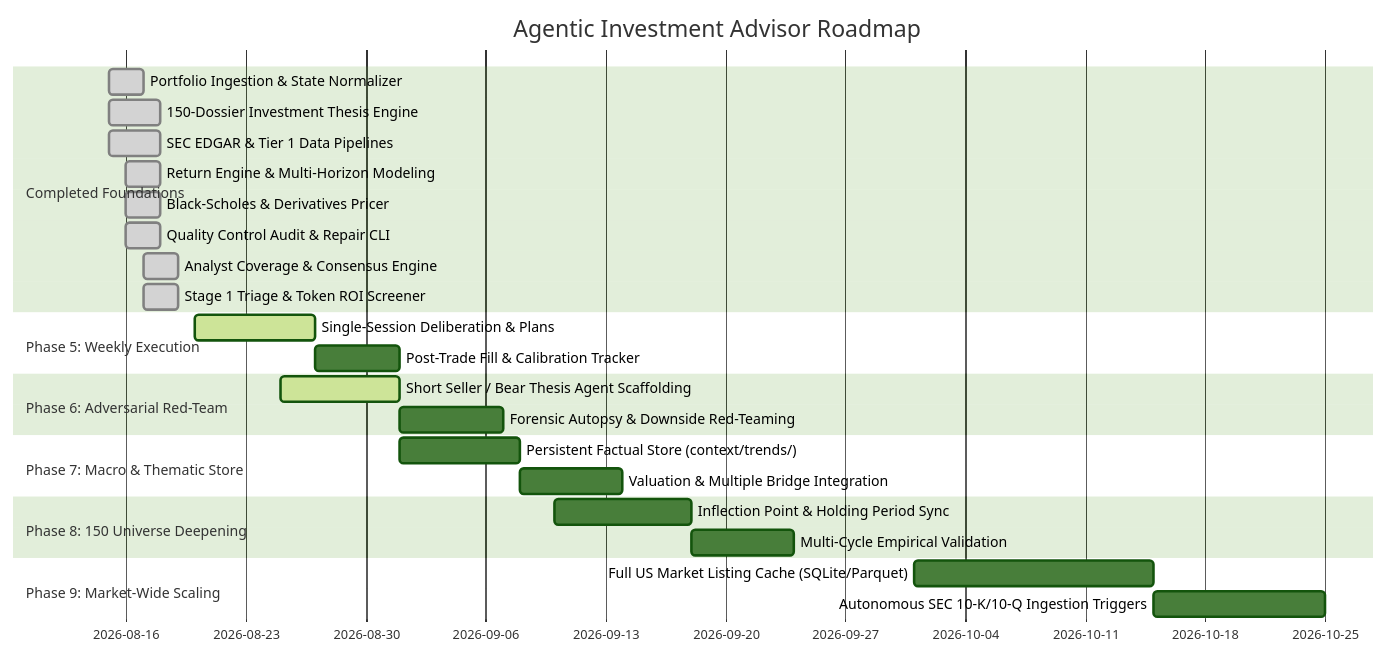
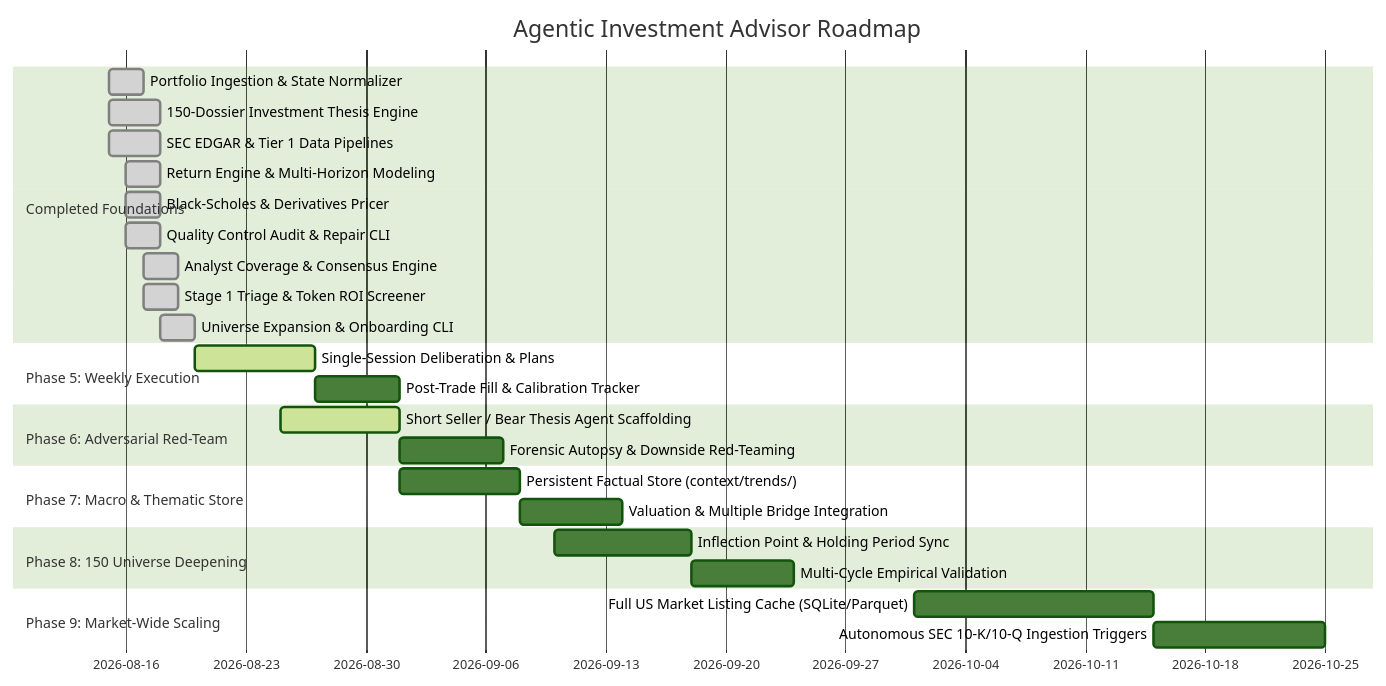
The diagram in ROADMAP.md (greenermoose/investments), drawn with Mermaid (forest theme) before and after one commit. The commit also changed other lines of this file and 30 other files, not shown here.

````diff
--- a/ROADMAP.md
+++ b/ROADMAP.md
@@ -7,29 +7,30 @@
 ```mermaid
 gantt
     title Agentic Investment Advisor Roadmap
     dateFormat  YYYY-MM-DD
     section Completed Foundations
     Portfolio Ingestion & State Normalizer   :done, f1, 2026-08-15, 2026-08-17
     150-Dossier Investment Thesis Engine    :done, f2, 2026-08-15, 2026-08-18
     SEC EDGAR & Tier 1 Data Pipelines       :done, f3, 2026-08-15, 2026-08-18
     Return Engine & Multi-Horizon Modeling  :done, f4, 2026-08-16, 2026-08-18
     Black-Scholes & Derivatives Pricer      :done, f5, 2026-08-16, 2026-08-18
     Quality Control Audit & Repair CLI      :done, f6, 2026-08-16, 2026-08-18
     Analyst Coverage & Consensus Engine     :done, f7, 2026-08-17, 2026-08-19
     Stage 1 Triage & Token ROI Screener     :done, f8, 2026-08-17, 2026-08-19
+    Universe Expansion & Onboarding CLI     :done, f9, 2026-08-18, 2026-08-20
     section Phase 5: Weekly Execution
     Single-Session Deliberation & Plans     :active, p5_1, 2026-08-20, 7d
     Post-Trade Fill & Calibration Tracker   :p5_2, after p5_1, 5d
     section Phase 6: Adversarial Red-Team
     Short Seller / Bear Thesis Agent Scaffolding :active, p6_1, 2026-08-25, 7d
     Forensic Autopsy & Downside Red-Teaming      :p6_2, after p6_1, 6d
     section Phase 7: Macro & Thematic Store
     Persistent Factual Store (context/trends/)   :p7_1, 2026-09-01, 7d
     Valuation & Multiple Bridge Integration      :p7_2, after p7_1, 6d
     section Phase 8: 150 Universe Deepening
     Inflection Point & Holding Period Sync       :p8_1, 2026-09-10, 8d
     Multi-Cycle Empirical Validation             :p8_2, after p8_1, 6d
     section Phase 9: Market-Wide Scaling
     Full US Market Listing Cache (SQLite/Parquet):p9_1, 2026-10-01, 14d
     Autonomous SEC 10-K/10-Q Ingestion Triggers  :p9_2, after p9_1, 10d
 ```
````
